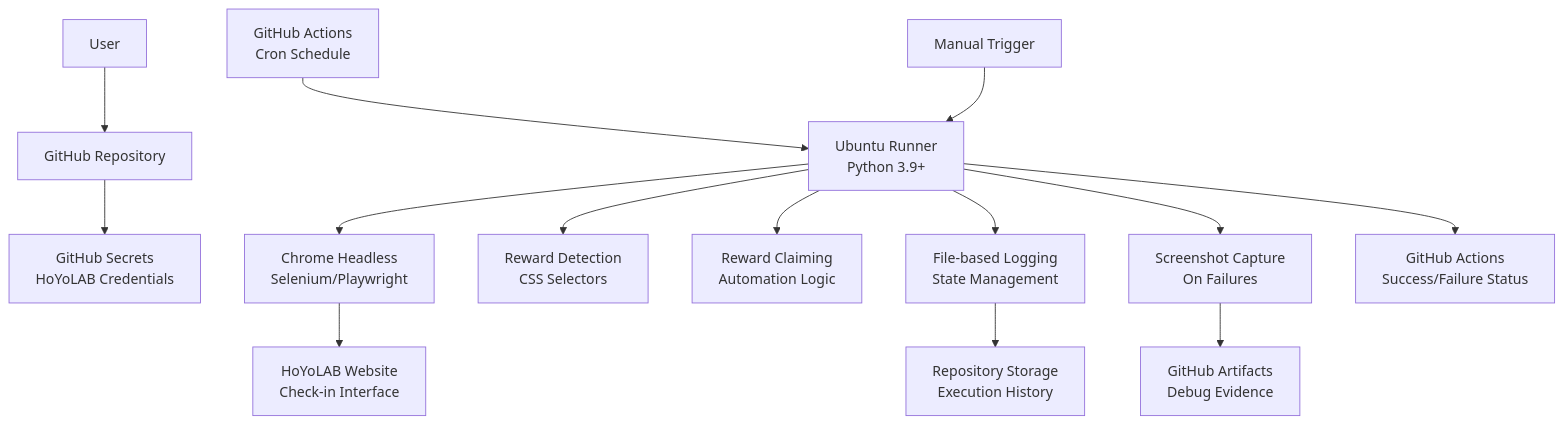
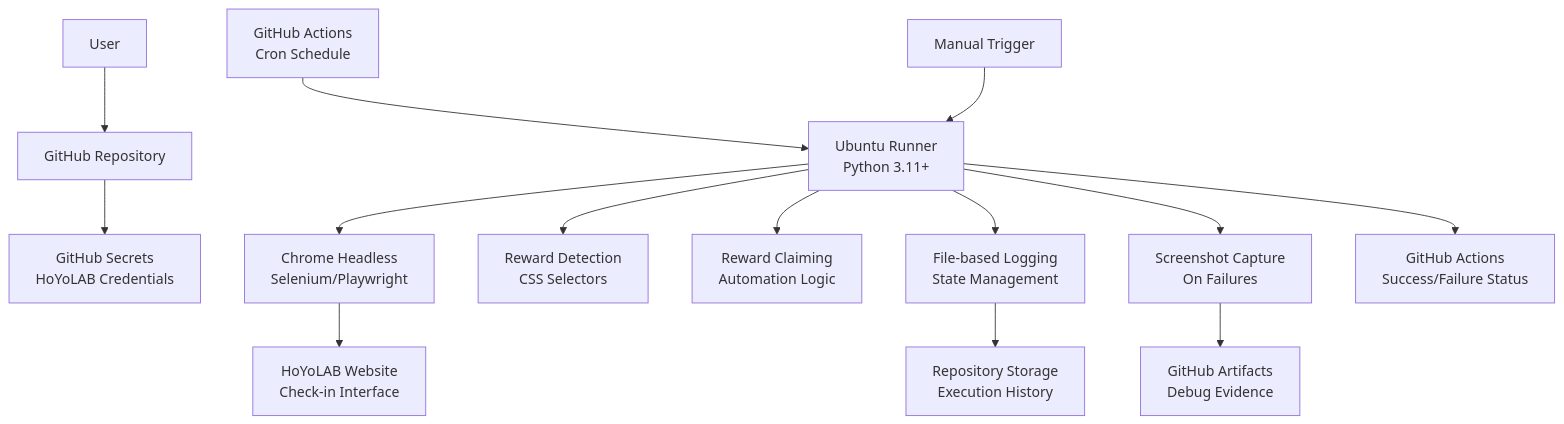
Before and after one commit to SiegfredLorelle/genshin-checkin-bot: the first of 3 diagrams in docs/architecture/high-level-architecture.md, drawn with Mermaid. The commit also changed other lines of this file and 16 other files, not shown here.

````diff
--- a/docs/architecture/high-level-architecture.md
+++ b/docs/architecture/high-level-architecture.md
@@ -37,23 +37,23 @@
 ```mermaid
 graph TB
     User[User] --> GH[GitHub Repository]
     GH --> Secrets[GitHub Secrets<br/>HoYoLAB Credentials]
-    
-    Schedule[GitHub Actions<br/>Cron Schedule] --> Runner[Ubuntu Runner<br/>Python 3.9+]
-    
+
+    Schedule[GitHub Actions<br/>Cron Schedule] --> Runner[Ubuntu Runner<br/>Python 3.11+]
+
     Runner --> Chrome[Chrome Headless<br/>Selenium/Playwright]
     Chrome --> HoYoLAB[HoYoLAB Website<br/>Check-in Interface]
-    
+
     Runner --> Detection[Reward Detection<br/>CSS Selectors]
     Runner --> Claiming[Reward Claiming<br/>Automation Logic]
-    
+
     Runner --> Logging[File-based Logging<br/>State Management]
     Runner --> Screenshots[Screenshot Capture<br/>On Failures]
-    
+
     Logging --> Repo[Repository Storage<br/>Execution History]
     Screenshots --> Artifacts[GitHub Artifacts<br/>Debug Evidence]
-    
+
     Runner --> Notifications[GitHub Actions<br/>Success/Failure Status]
-    
+
     Manual[Manual Trigger] --> Runner
 ```
````
